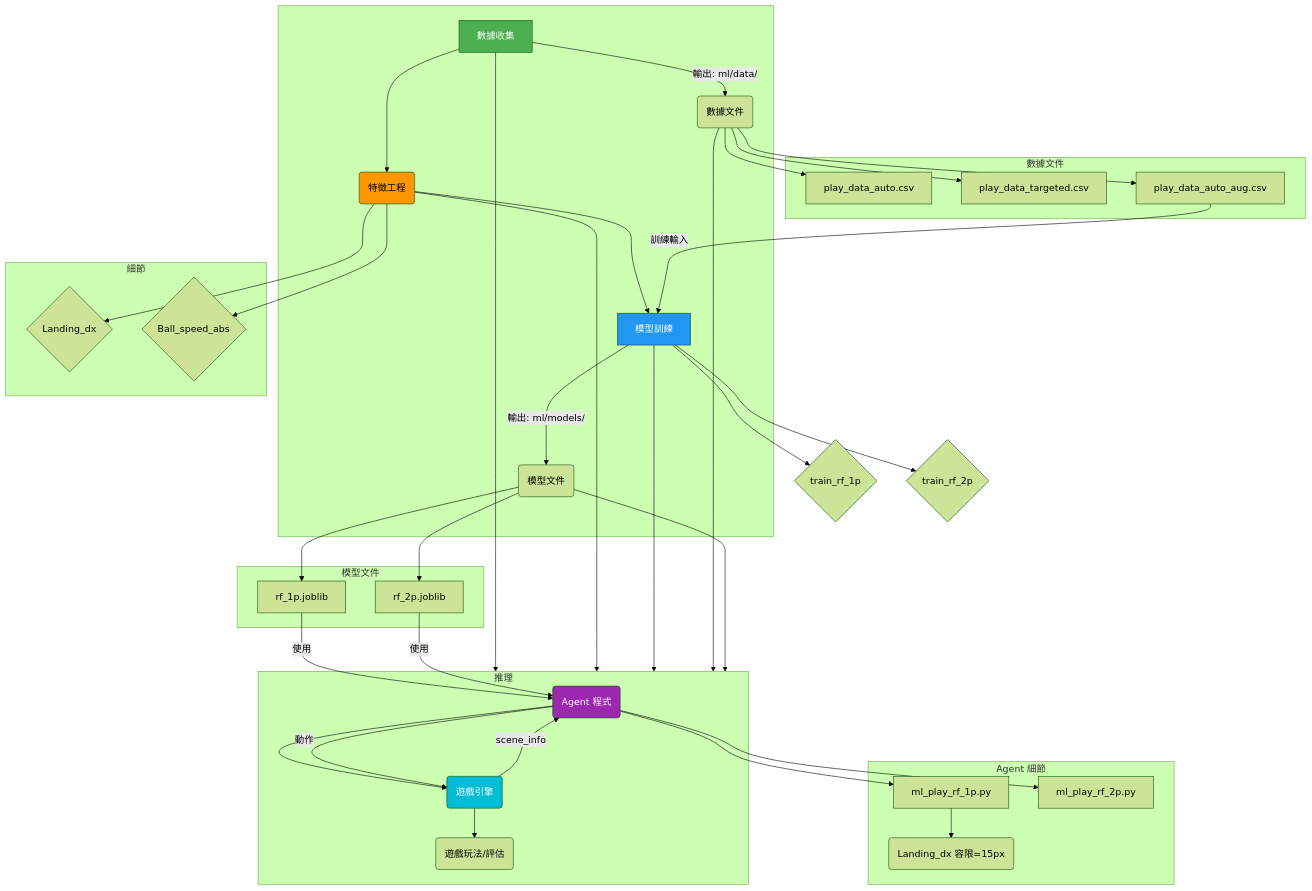
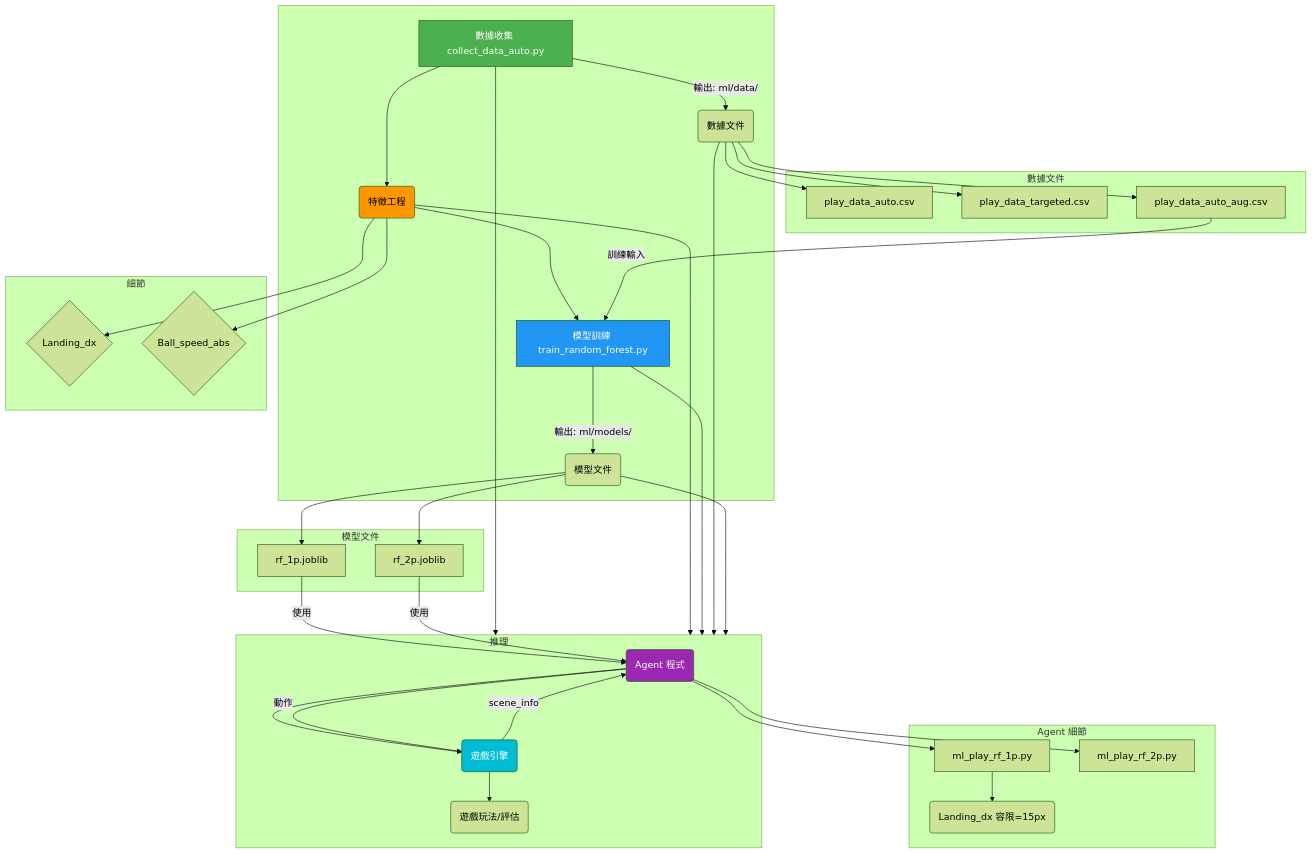
The diagram in README.md (jerry930829/ML_pingpong), drawn with Mermaid (forest theme) before and after one commit.

````diff
--- a/README.md
+++ b/README.md
@@ -183,55 +183,52 @@
 ```mermaid
 graph TD
     subgraph ML_TRAINING[ ]
-        A[數據收集] --> B(特徵工程);
-        B --> C[模型訓練];
+        A[數據收集 collect_data_auto.py ] --> B(特徵工程);
+        B --> C[模型訓練 train_random_forest.py ];
         A --> |輸出: ml/data/| D(數據文件);
         C --> |輸出: ml/models/| E(模型文件);
 
         style A fill:#4CAF50,color:#fff
         style B fill:#FF9800,color:#000
         style C fill:#2196F3,color:#fff
     end
 
     subgraph DATA_FILES[數據文件]
         D --> D1[play_data_auto.csv];
         D --> D2[play_data_targeted.csv];
         D --> D3[play_data_auto_aug.csv];
     end
 
     subgraph MODEL_FILES[模型文件]
         E --> E1[rf_1p.joblib];
         E --> E2[rf_2p.joblib];
     end
     
     subgraph INFERENCE[推理]
         F(Agent 程式) --> G(遊戲引擎);
         G --> H(遊戲玩法/評估);
 
         style F fill:#9C27B0,color:#fff
         style G fill:#00BCD4,color:#fff
     end
 
     D3 --> |訓練輸入| C;
     E1 --> |使用| F;
     E2 --> |使用| F;
     
     F --> |動作 | G;
     G --> |scene_info| F;
     
     subgraph FEATURE_DETAIL[細節]
         B --> B1{Landing_dx};
         B --> B2{Ball_speed_abs};
     end
     
     subgraph AGENT_DETAIL[Agent 細節]
         F --> F1[ml_play_rf_1p.py];
         F --> F2[ml_play_rf_2p.py];
         F1 --> F1a(Landing_dx 容限=15px);
     end
-
-    C --> C1{train_rf_1p};
-    C --> C2{train_rf_2p};
     
     A & B & C & D & E --> INFERENCE;
 ```
````
